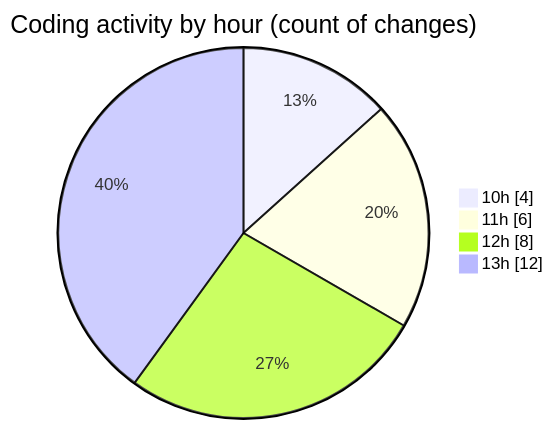
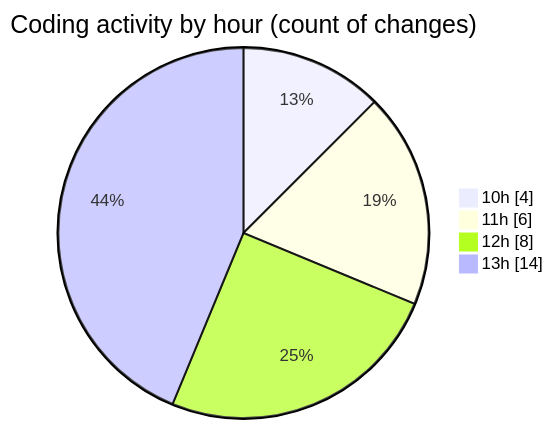
One commit to LanceThiago/code-tracking changed the second of 2 diagrams in 2025-10-03/totem2/README.md. Above: the diagram before and after it, drawn with Mermaid. The commit also changed other lines of this file and 1 other file, not shown here.

````diff
--- a/2025-10-03/totem2/README.md
+++ b/2025-10-03/totem2/README.md
@@ -30,8 +30,8 @@
 ```mermaid
 pie showData
 title Coding activity by hour (count of changes)
 "10h" : 4
 "11h" : 6
 "12h" : 8
-"13h" : 12
+"13h" : 14
 ```
````
